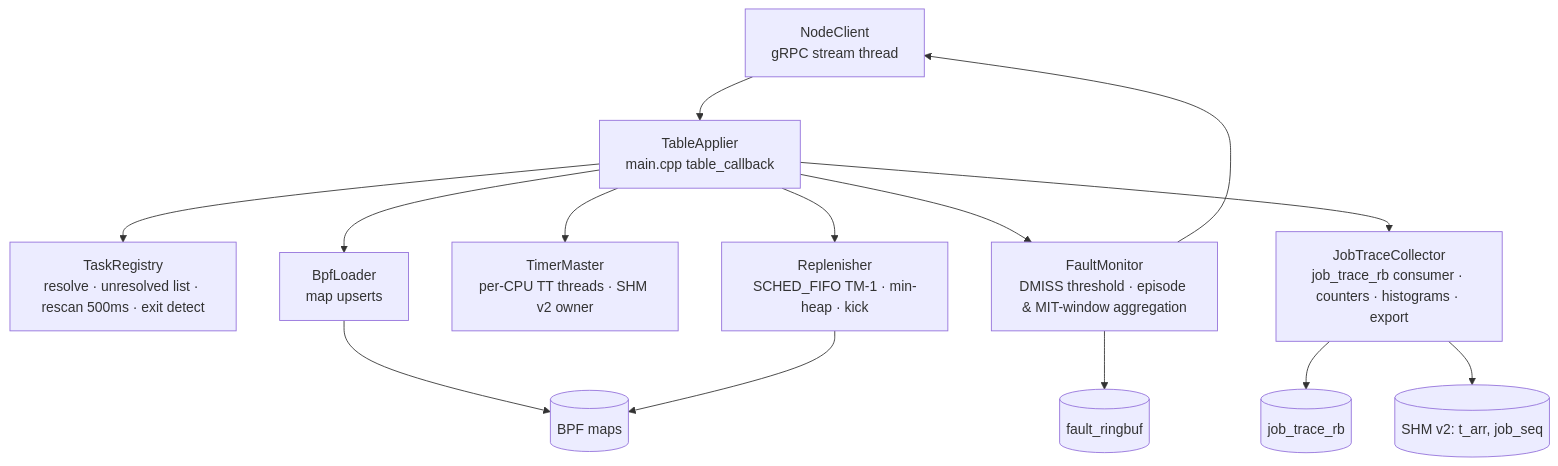
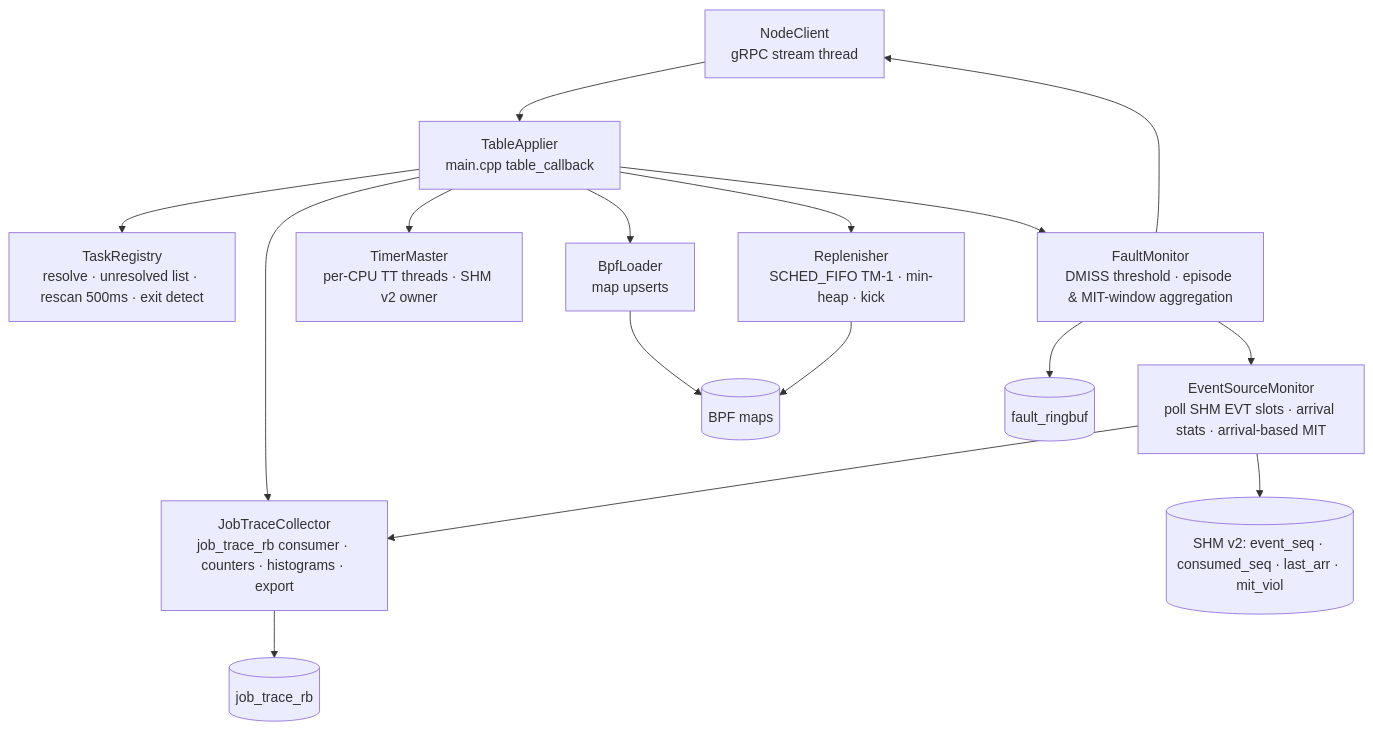
Before and after one commit to eclipse-timpani/timpani26: the third of 8 diagrams in doc/design/kor/HLD-008-event-driven-workload-support.md, drawn with Mermaid. The commit also changed other lines of this file and 4 other files, not shown here.

First line of the commit message:
docs(design): rebase 008 design chain on a common Event/Job model

````diff
--- a/doc/design/kor/HLD-008-event-driven-workload-support.md
+++ b/doc/design/kor/HLD-008-event-driven-workload-support.md
@@ -118,16 +131,18 @@
 ```mermaid
 flowchart TB
   NC[NodeClient<br/>gRPC stream thread] --> TA[TableApplier<br/>main.cpp table_callback]
   TA --> TR[TaskRegistry<br/>resolve · unresolved list · rescan 500ms · exit detect]
   TA --> BL[BpfLoader<br/>map upserts]
   TA --> TM[TimerMaster<br/>per-CPU TT threads · SHM v2 owner]
   TA --> RP[Replenisher<br/>SCHED_FIFO TM-1 · min-heap · kick]
   TA --> FM[FaultMonitor<br/>DMISS threshold · episode & MIT-window aggregation]
   TA --> JT[JobTraceCollector<br/>job_trace_rb consumer · counters · histograms · export]
+  FM --> ESM[EventSourceMonitor<br/>poll SHM EVT slots · arrival stats · arrival-based MIT]
   BL --> BPF[(BPF maps)]
   RP --> BPF
   FM --> RB1[(fault_ringbuf)]
   JT --> RB2[(job_trace_rb)]
-  JT --> SHM[(SHM v2: t_arr, job_seq)]
+  ESM --> SHM[(SHM v2: event_seq · consumed_seq · last_arr · mit_viol)]
+  ESM --> JT
   FM --> NC
 ```
````
